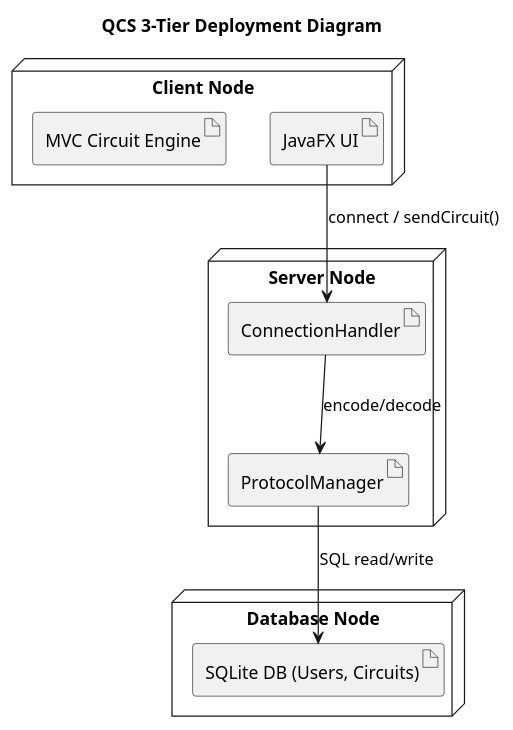
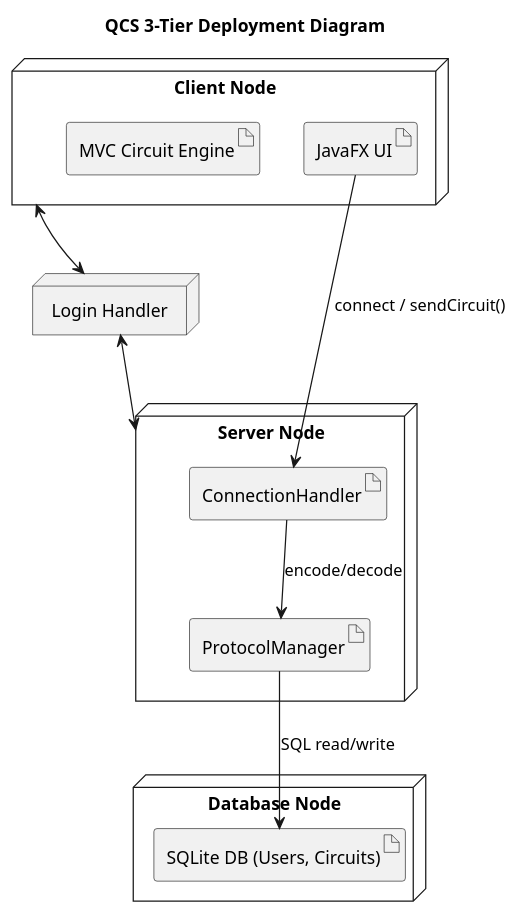
One commit to jSubbz/QCS changed the diagram in A5_uml/deployment.puml. Above: the diagram before and after it, drawn with PlantUML.

Commit message:
a5 deployment addition

```diff
--- a/A5_uml/deployment.puml
+++ b/A5_uml/deployment.puml
@@ -1,22 +1,26 @@
 @startuml
 title QCS 3-Tier Deployment Diagram
 
 node "Client Node" {
   artifact "JavaFX UI"
   artifact "MVC Circuit Engine"
 }
+
+node "Login Handler"
 
 node "Server Node" {
   artifact "ConnectionHandler"
   artifact "ProtocolManager"
 }
 
 node "Database Node" {
   artifact "SQLite DB (Users, Circuits)"
 }
 
+"Client Node" <--> "Login Handler"
+"Login Handler" <--> "Server Node"
 "JavaFX UI" --> "ConnectionHandler" : connect / sendCircuit()
 "ConnectionHandler" --> "ProtocolManager" : encode/decode
 "ProtocolManager" --> "SQLite DB (Users, Circuits)" : SQL read/write
 
 @enduml
```
